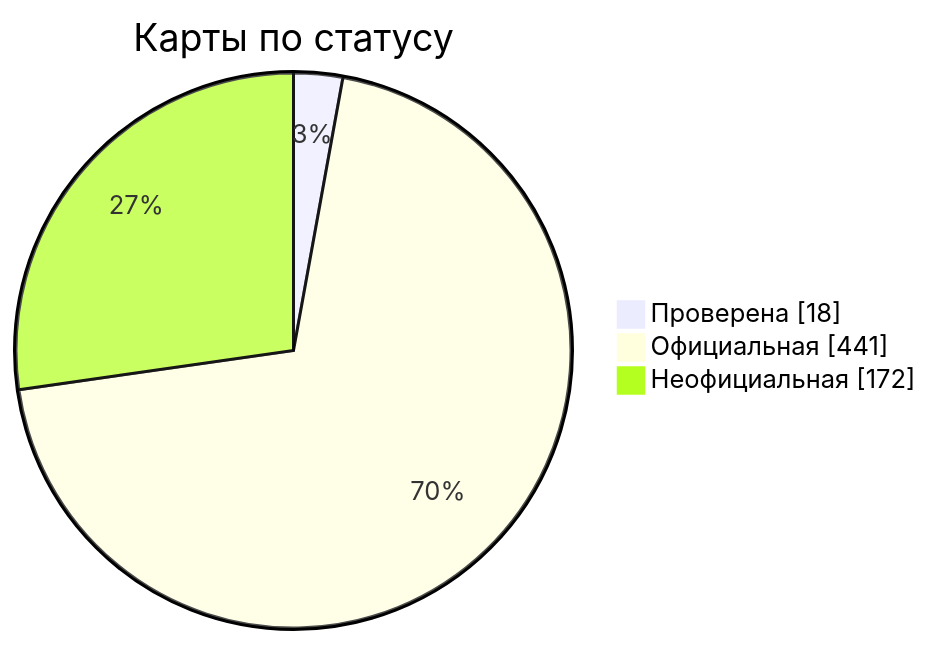
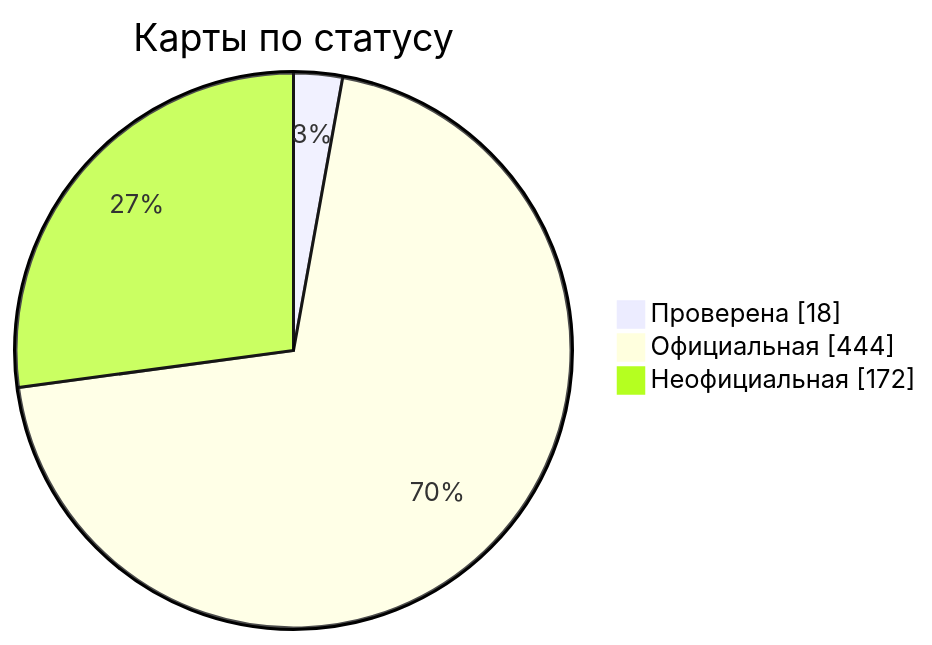
Before and after one commit to nobrega8/mbmap-library: the diagram in docs/readme/README_RU.md, drawn with Mermaid. The commit also changed 8 other files, not shown here.

````diff
--- a/docs/readme/README_RU.md
+++ b/docs/readme/README_RU.md
@@ -54,7 +54,7 @@
 ```mermaid
 pie showData
     title Карты по статусу
     "Проверена" : 18
-    "Официальная" : 441
+    "Официальная" : 444
     "Неофициальная" : 172
 ```
````
